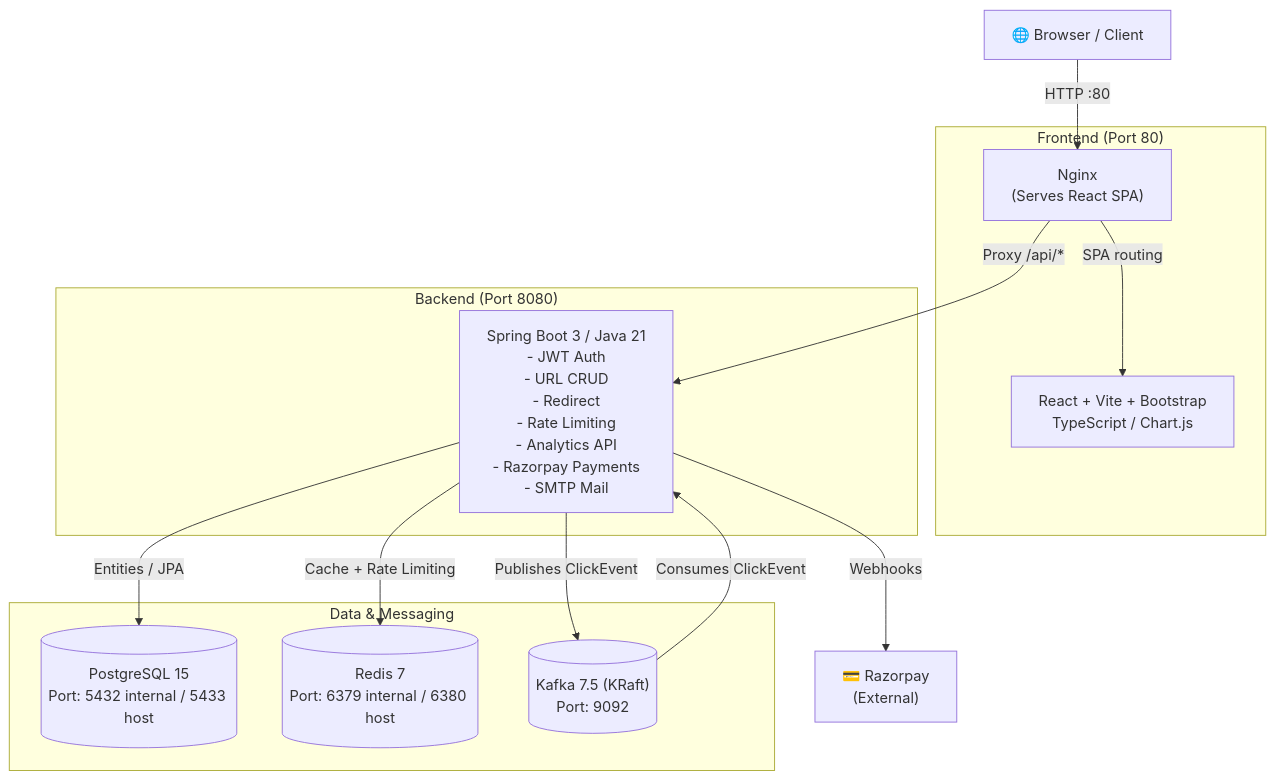
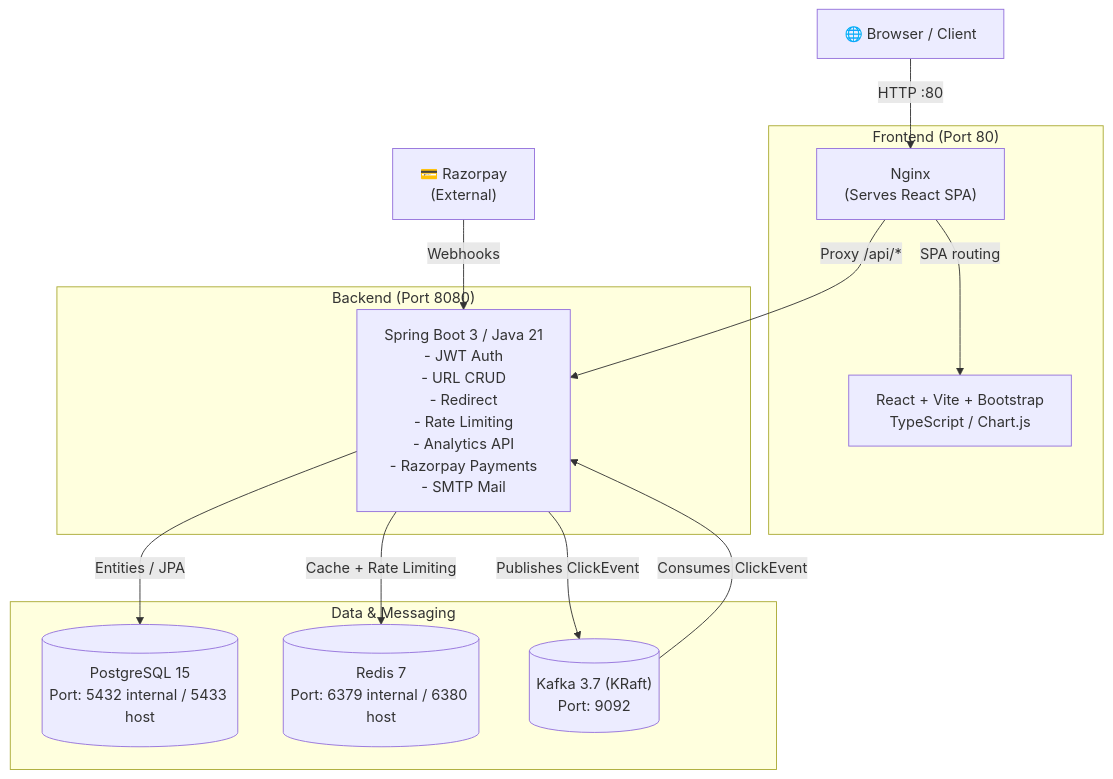
The diagram in README.md (nagarajhegde174-beep/URL-Shortner), drawn with Mermaid before and after one commit. The commit also changed other lines of this file, not shown here.

````diff
--- a/README.md
+++ b/README.md
@@ -55,29 +54,29 @@
 ```mermaid
 graph TD
     Browser["🌐 Browser / Client"]
 
     subgraph "Frontend (Port 80)"
         Nginx["Nginx\n(Serves React SPA)"]
         React["React + Vite + Bootstrap\nTypeScript / Chart.js"]
     end
 
     subgraph "Backend (Port 8080)"
         SpringBoot["Spring Boot 3 / Java 21\n- JWT Auth\n- URL CRUD\n- Redirect\n- Rate Limiting\n- Analytics API\n- Razorpay Payments\n- SMTP Mail"]
     end
 
     subgraph "Data & Messaging"
         Postgres[("PostgreSQL 15\nPort: 5432 internal / 5433 host")]
         Redis[("Redis 7\nPort: 6379 internal / 6380 host")]
-        Kafka[("Kafka 7.5 (KRaft)\nPort: 9092")]
+        Kafka[("Kafka 3.7 (KRaft)\nPort: 9092")]
     end
 
     Browser -->|"HTTP :80"| Nginx
     Nginx -->|"SPA routing"| React
     Nginx -->|"Proxy /api/*"| SpringBoot
 
     SpringBoot -->|"Entities / JPA"| Postgres
     SpringBoot -->|"Cache + Rate Limiting"| Redis
     SpringBoot -->|"Publishes ClickEvent"| Kafka
     Kafka -->|"Consumes ClickEvent"| SpringBoot
-    SpringBoot -->|"Webhooks"| Razorpay["💳 Razorpay\n(External)"]
+    Razorpay["💳 Razorpay\n(External)"] -->|"Webhooks"| SpringBoot
 ```
````
